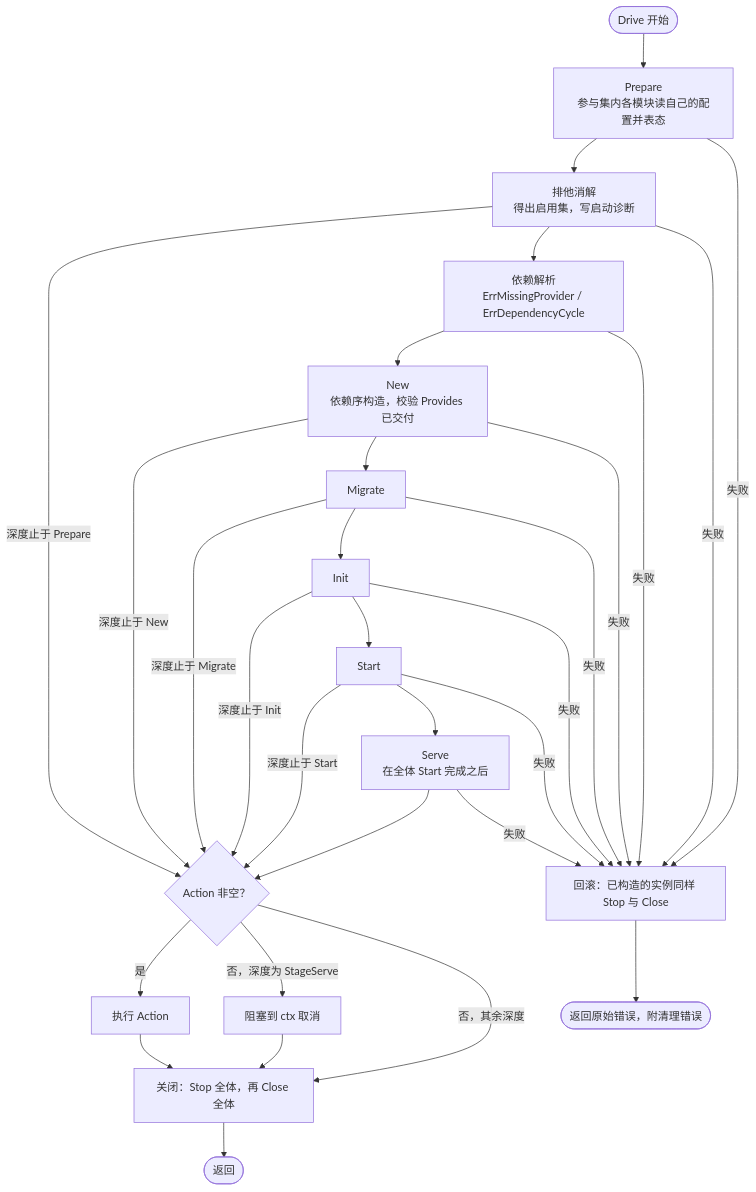
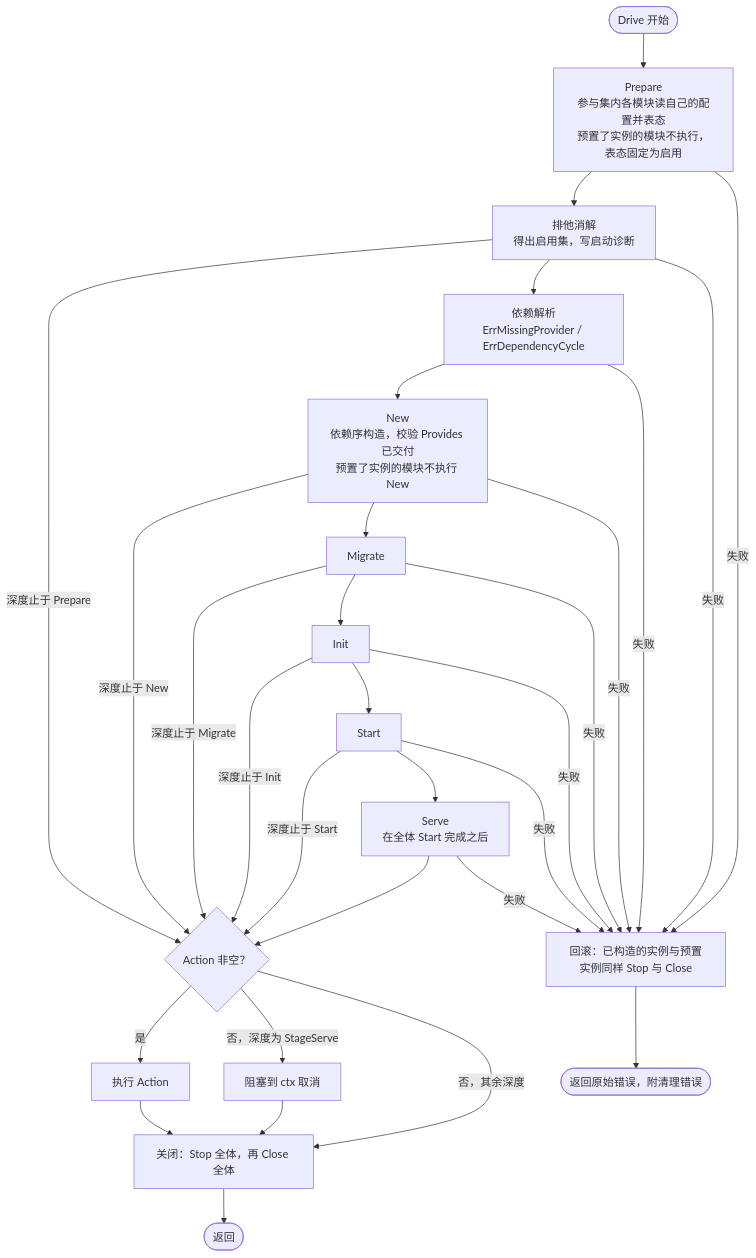
The fourth of 6 diagrams in docs/design/modules/design-core.md (wangzw/speed), drawn with Mermaid before and after one commit. The commit also changed other lines of this file and 56 other files, not shown here.

````diff
--- a/docs/design/modules/design-core.md
+++ b/docs/design/modules/design-core.md
@@ -492,33 +534,33 @@
 ```mermaid
 flowchart TD
-    Begin([Drive 开始]) --> Prepare["Prepare<br/>参与集内各模块读自己的配置并表态"]
+    Begin([Drive 开始]) --> Prepare["Prepare<br/>参与集内各模块读自己的配置并表态<br/>预置了实例的模块不执行，表态固定为启用"]
     Prepare --> Resolve["排他消解<br/>得出启用集，写启动诊断"]
     Resolve -->|深度止于 Prepare| Action
     Resolve --> Plan["依赖解析<br/>ErrMissingProvider / ErrDependencyCycle"]
-    Plan --> New["New<br/>依赖序构造，校验 Provides 已交付"]
+    Plan --> New["New<br/>依赖序构造，校验 Provides 已交付<br/>预置了实例的模块不执行 New"]
     New -->|深度止于 New| Action
     New --> Migrate["Migrate"]
     Migrate -->|深度止于 Migrate| Action
     Migrate --> Init["Init"]
     Init -->|深度止于 Init| Action
     Init --> Start["Start"]
     Start -->|深度止于 Start| Action
     Start --> Serve["Serve<br/>在全体 Start 完成之后"]
     Serve --> Action
     Action{"Action 非空？"} -->|是| Run["执行 Action"]
     Action -->|否，深度为 StageServe| Block["阻塞到 ctx 取消"]
     Action -->|否，其余深度| Shutdown
     Run --> Shutdown
     Block --> Shutdown["关闭：Stop 全体，再 Close 全体"]
     Shutdown --> Done([返回])
 
     Prepare -->|失败| Rollback
     Resolve -->|失败| Rollback
     Plan -->|失败| Rollback
     New -->|失败| Rollback
     Migrate -->|失败| Rollback
     Init -->|失败| Rollback
     Start -->|失败| Rollback
     Serve -->|失败| Rollback
-    Rollback["回滚：已构造的实例同样 Stop 与 Close"] --> Failed([返回原始错误，附清理错误])
+    Rollback["回滚：已构造的实例与预置实例同样 Stop 与 Close"] --> Failed([返回原始错误，附清理错误])
 ```
````
